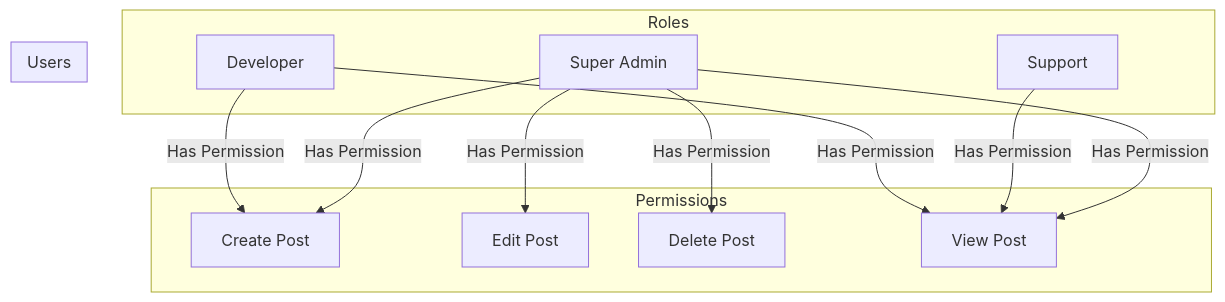
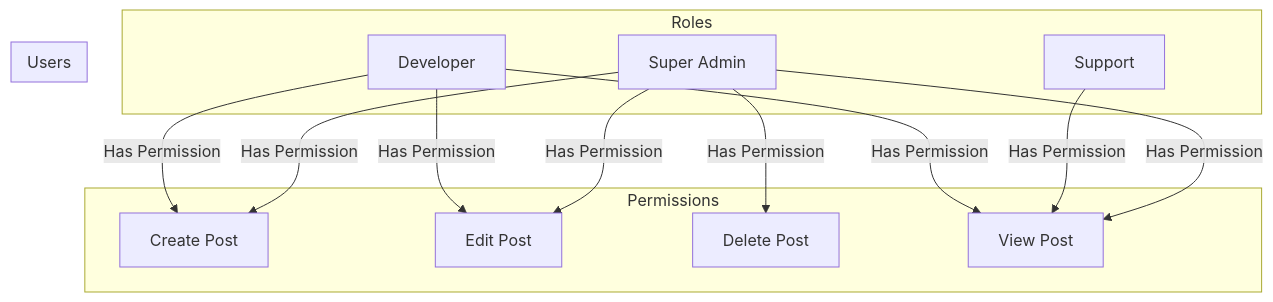
The diagram in README.md (hendurhance/salvo-crud), drawn with Mermaid before and after one commit. The commit also changed other lines of this file and 5 other files, not shown here.

````diff
--- a/README.md
+++ b/README.md
@@ -14,25 +14,26 @@
 ```mermaid
 graph TD
   subgraph Permissions
     create_post[Create Post]
     edit_post[Edit Post]
     delete_post[Delete Post]
     view_post[View Post]
   end
 
   subgraph Roles
     developer[Developer]
     support[Support]
     super_admin[Super Admin]
   end
 
   subgraph Users
     developer -- Has Permission --> create_post
     developer -- Has Permission --> view_post
+    developer -- Has Permission --> edit_post
     support -- Has Permission --> view_post
     super_admin -- Has Permission --> create_post
     super_admin -- Has Permission --> edit_post
     super_admin -- Has Permission --> delete_post
     super_admin -- Has Permission --> view_post
   end
 ```
````
